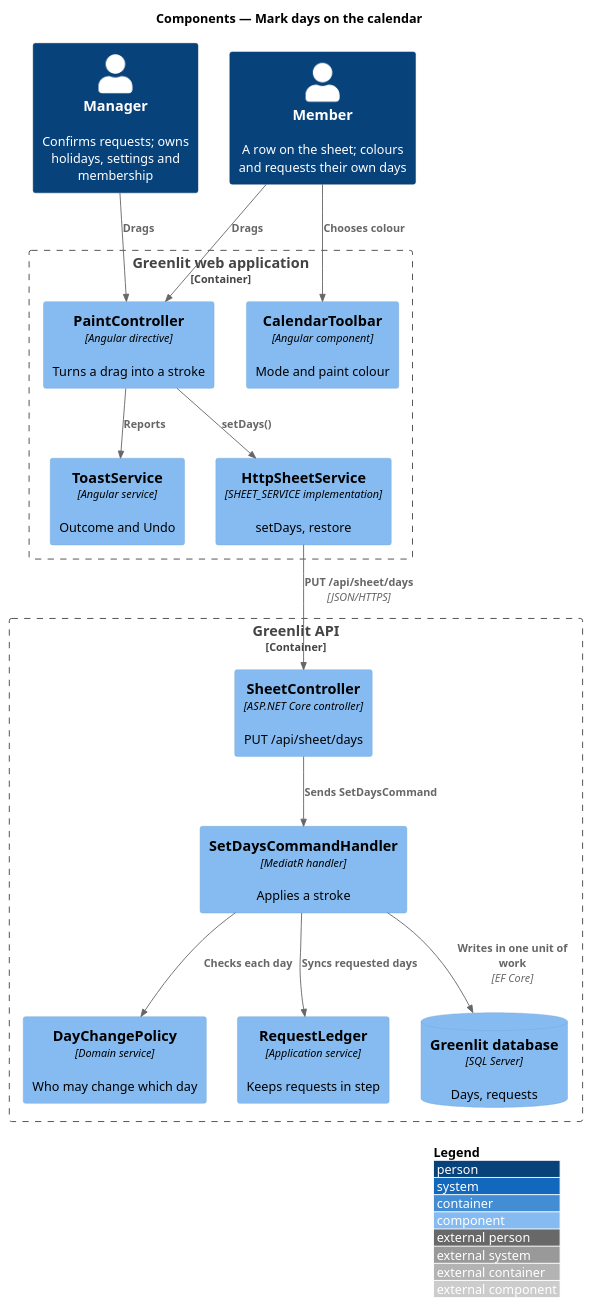
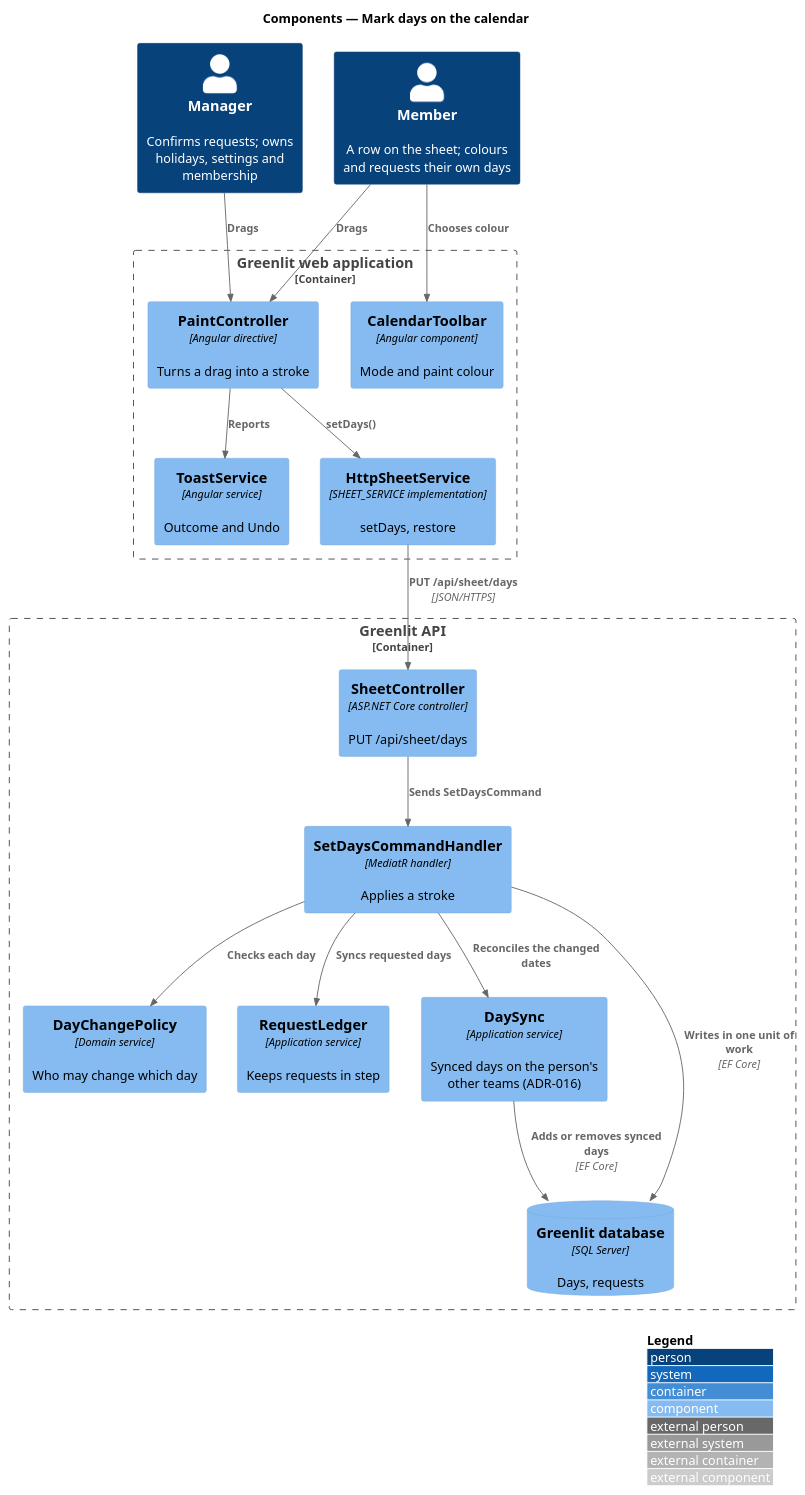
One commit to QuinntyneBrown/greenlit changed the diagram in docs/detailed-designs/sheet/mark-days/diagrams/c4-component.puml. Above: the diagram before and after it, drawn with PlantUML. The commit also changed 13 other files, not shown here.

Commit message:
Design the synced day's write, read and join paths (L2-064, ADR-016)

```diff
--- a/docs/detailed-designs/sheet/mark-days/diagrams/c4-component.puml
+++ b/docs/detailed-designs/sheet/mark-days/diagrams/c4-component.puml
@@ -1,32 +1,35 @@
 @startuml
 !include <C4/C4_Component>
 LAYOUT_WITH_LEGEND()
 title Components — Mark days on the calendar
 
 Person(manager, "Manager", "Confirms requests; owns holidays, settings and membership")
 Person(member, "Member", "A row on the sheet; colours and requests their own days")
 Container_Boundary(spa_b, "Greenlit web application") {
   Component(toolbar, "CalendarToolbar", "Angular component", "Mode and paint colour")
   Component(paint, "PaintController", "Angular directive", "Turns a drag into a stroke")
   Component(toast, "ToastService", "Angular service", "Outcome and Undo")
   Component(svc, "HttpSheetService", "SHEET_SERVICE implementation", "setDays, restore")
 }
 Container_Boundary(api_b, "Greenlit API") {
   Component(ctrl, "SheetController", "ASP.NET Core controller", "PUT /api/sheet/days")
   Component(handler, "SetDaysCommandHandler", "MediatR handler", "Applies a stroke")
   Component(policy, "DayChangePolicy", "Domain service", "Who may change which day")
   Component(ledger, "RequestLedger", "Application service", "Keeps requests in step")
+  Component(sync, "DaySync", "Application service", "Synced days on the person's other teams (ADR-016)")
   ComponentDb(db, "Greenlit database", "SQL Server", "Days, requests")
 }
 
 Rel(member, toolbar, "Chooses colour")
 Rel(member, paint, "Drags")
 Rel(manager, paint, "Drags")
 Rel(paint, svc, "setDays()")
 Rel(svc, ctrl, "PUT /api/sheet/days", "JSON/HTTPS")
 Rel(paint, toast, "Reports")
 Rel(ctrl, handler, "Sends SetDaysCommand")
 Rel(handler, policy, "Checks each day")
 Rel(handler, ledger, "Syncs requested days")
+Rel(handler, sync, "Reconciles the changed dates")
+Rel(sync, db, "Adds or removes synced days", "EF Core")
 Rel(handler, db, "Writes in one unit of work", "EF Core")
 @enduml
```
